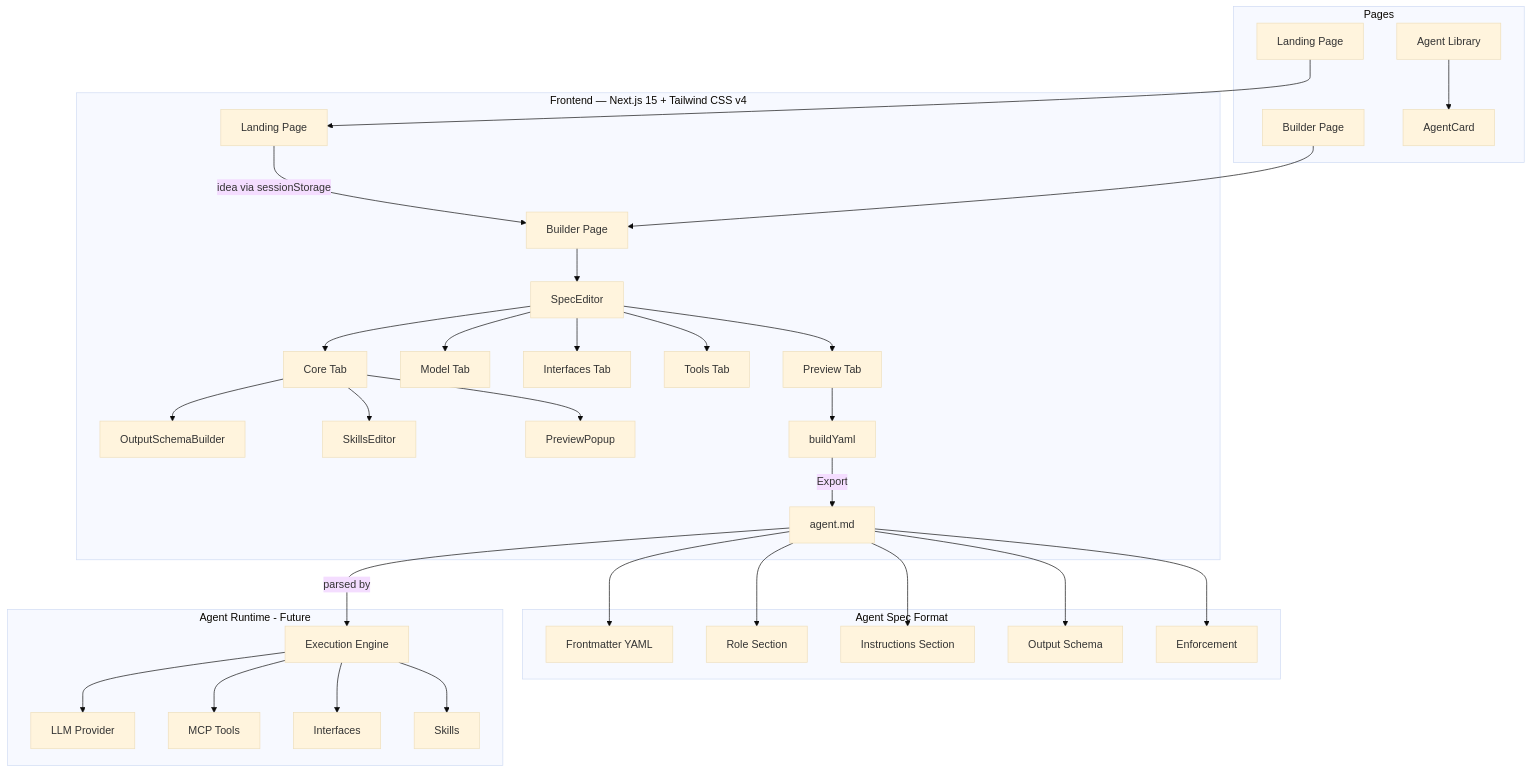
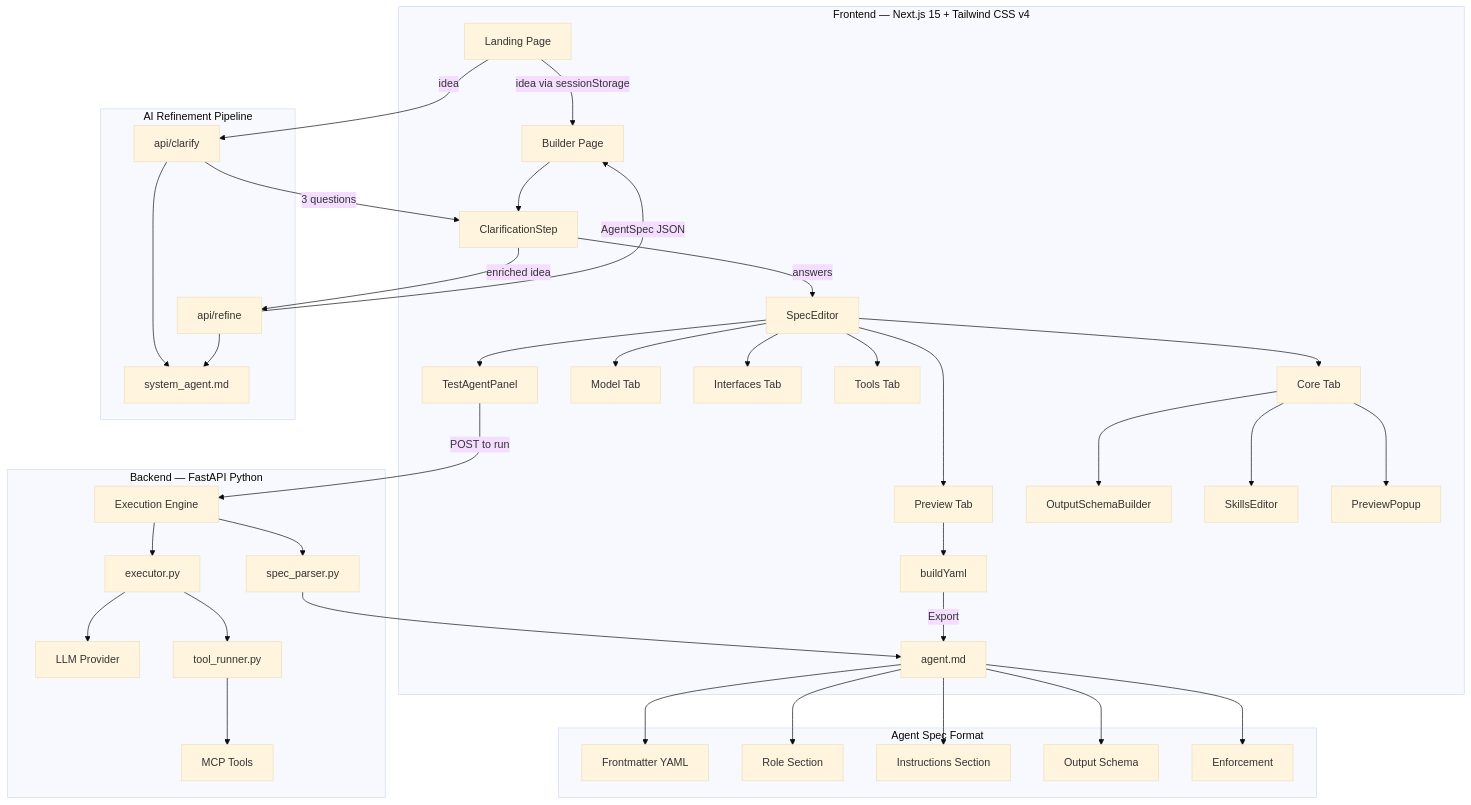
One commit to RukshanRanasinghe2000/AgentFactory changed the diagram in readme.md. Above: the diagram before and after it, drawn with Mermaid (base theme). The commit also changed other lines of this file, not shown here.

````diff
--- a/readme.md
+++ b/readme.md
@@ -30,39 +30,46 @@
 ```mermaid
 graph TD
     subgraph UI["Frontend — Next.js 15 + Tailwind CSS v4"]
         A[Landing Page] -->|idea via sessionStorage| B[Builder Page]
-        B --> C[SpecEditor]
+        B --> CL[ClarificationStep]
+        CL -->|answers| C[SpecEditor]
         C --> C1[Core Tab]
         C --> C2[Model Tab]
         C --> C3[Interfaces Tab]
         C --> C4[Tools Tab]
         C --> C5[Preview Tab]
         C1 --> D1[OutputSchemaBuilder]
         C1 --> D2[SkillsEditor]
         C1 --> D3[PreviewPopup]
         C5 --> E[buildYaml]
         E -->|Export| F[agent.md]
+        C --> TP[TestAgentPanel]
+    end
+
+    subgraph AI["AI Refinement Pipeline"]
+        A -->|idea| CQ[api/clarify]
+        CQ -->|3 questions| CL
+        CL -->|enriched idea| RF[api/refine]
+        RF -->|AgentSpec JSON| B
+        CQ --> SP[system_agent.md]
+        RF --> SP
     end
 
     subgraph Spec["Agent Spec Format"]
         F --> G[Frontmatter YAML]
         F --> H[Role Section]
         F --> I[Instructions Section]
         F --> J[Output Schema]
         F --> K[Enforcement]
     end
 
-    subgraph Runtime["Agent Runtime - Future"]
-        F -->|parsed by| L[Execution Engine]
-        L --> M[LLM Provider]
-        L --> N[MCP Tools]
-        L --> O[Interfaces]
-        L --> P[Skills]
-    end
-
-    subgraph Pages["Pages"]
-        Q[Landing Page] --> A
-        R[Builder Page] --> B
-        S[Agent Library] --> T[AgentCard]
+    subgraph Backend["Backend — FastAPI Python"]
+        TP -->|POST to run| BE[Execution Engine]
+        BE --> EX[executor.py]
+        EX --> LLM[LLM Provider]
+        EX --> TR[tool_runner.py]
+        TR --> MCP[MCP Tools]
+        BE --> PS[spec_parser.py]
+        PS --> F
     end
 ```
````
